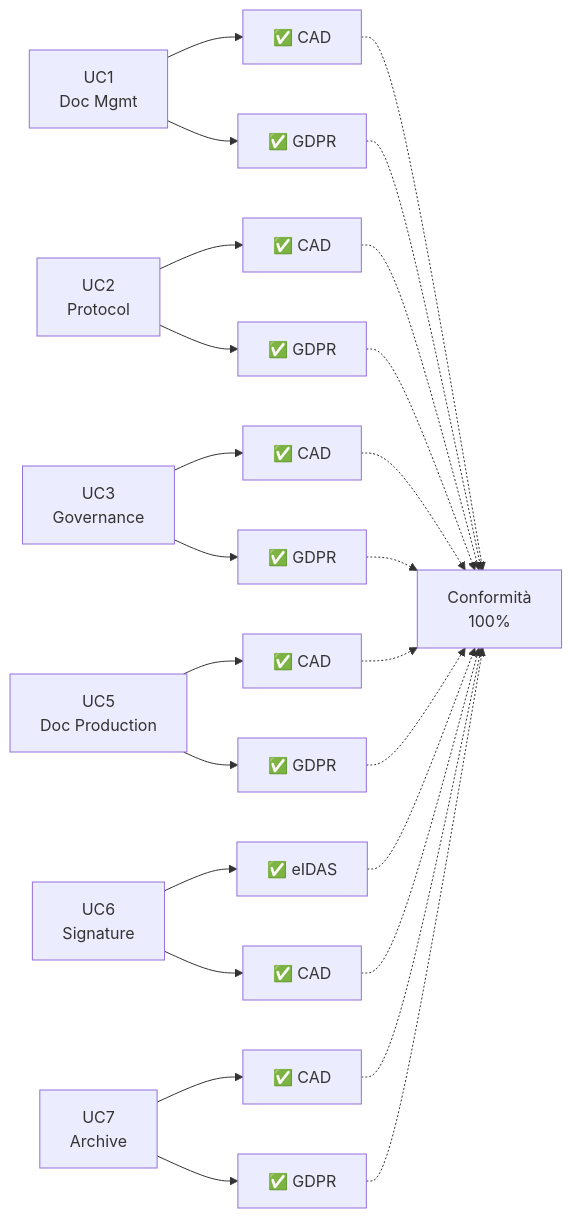
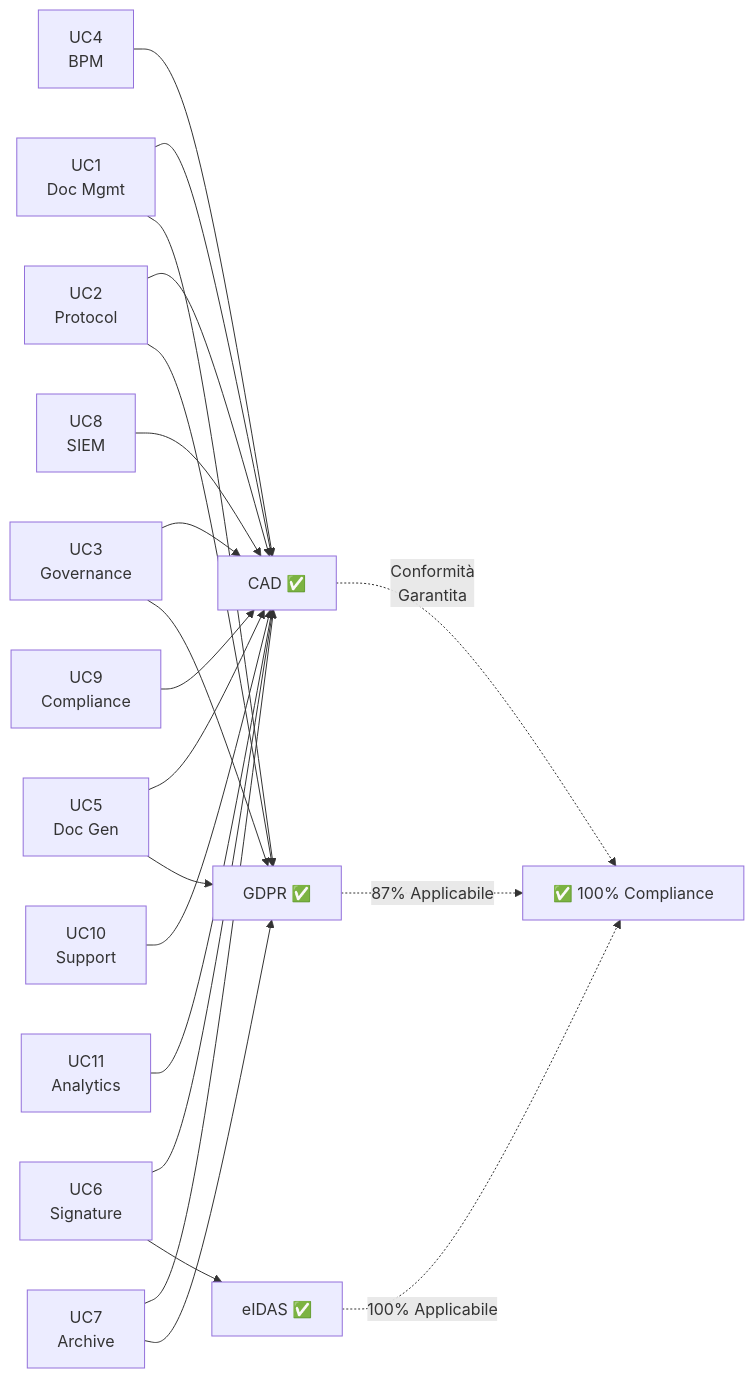
The third of 4 diagrams in docs/PROGETTO-ZENIA.md (gianlucaciarcelluti/Interzen.ZenIA), drawn with Mermaid before and after one commit. The commit also changed other lines of this file, not shown here.

````diff
--- a/docs/PROGETTO-ZENIA.md
+++ b/docs/PROGETTO-ZENIA.md
@@ -923,33 +713,25 @@
 ```mermaid
 graph LR
-    UC1["UC1<br/>Doc Mgmt"] --> CAD1["✅ CAD"]
-    UC1 --> GDPR1["✅ GDPR"]
+    UC1["UC1<br/>Doc Mgmt"] --> CAD["CAD ✅"]
+    UC2["UC2<br/>Protocol"] --> CAD
+    UC3["UC3<br/>Governance"] --> CAD
+    UC4["UC4<br/>BPM"] --> CAD
+    UC5["UC5<br/>Doc Gen"] --> CAD
+    UC6["UC6<br/>Signature"] --> CAD
+    UC6 --> EIDAS["eIDAS ✅"]
+    UC7["UC7<br/>Archive"] --> CAD
+    UC8["UC8<br/>SIEM"] --> CAD
+    UC9["UC9<br/>Compliance"] --> CAD
+    UC10["UC10<br/>Support"] --> CAD
+    UC11["UC11<br/>Analytics"] --> CAD
 
-    UC2["UC2<br/>Protocol"] --> CAD2["✅ CAD"]
-    UC2 --> GDPR2["✅ GDPR"]
+    UC1 --> GDPR["GDPR ✅"]
+    UC2 --> GDPR
+    UC3 --> GDPR
+    UC5 --> GDPR
+    UC7 --> GDPR
 
-    UC3["UC3<br/>Governance"] --> CAD3["✅ CAD"]
-    UC3 --> GDPR3["✅ GDPR"]
-
-    UC5["UC5<br/>Doc Production"] --> CAD5["✅ CAD"]
-    UC5 --> GDPR5["✅ GDPR"]
-
-    UC6["UC6<br/>Signature"] --> eIDAS6["✅ eIDAS"]
-    UC6 --> CAD6["✅ CAD"]
-
-    UC7["UC7<br/>Archive"] --> CAD7["✅ CAD"]
-    UC7 --> GDPR7["✅ GDPR"]
-
-    CAD1 -.-> COMPLIANCE["Conformità<br/>100%"]
-    GDPR1 -.-> COMPLIANCE
-    CAD2 -.-> COMPLIANCE
-    GDPR2 -.-> COMPLIANCE
-    CAD3 -.-> COMPLIANCE
-    GDPR3 -.-> COMPLIANCE
-    CAD5 -.-> COMPLIANCE
-    GDPR5 -.-> COMPLIANCE
-    eIDAS6 -.-> COMPLIANCE
-    CAD6 -.-> COMPLIANCE
-    CAD7 -.-> COMPLIANCE
-    GDPR7 -.-> COMPLIANCE
+    CAD -.->|Conformità<br/>Garantita| FINAL["✅ 100% Compliance"]
+    GDPR -.->|87% Applicabile| FINAL
+    EIDAS -.->|100% Applicabile| FINAL
 ```
````
